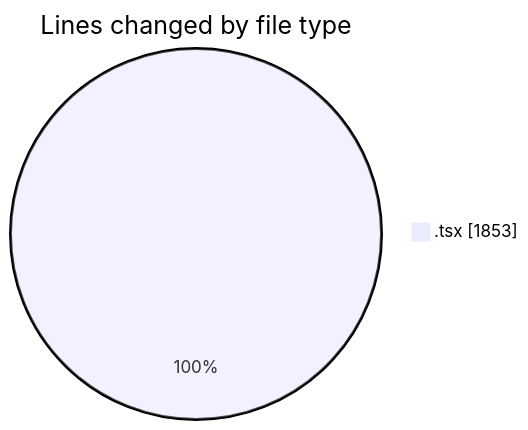
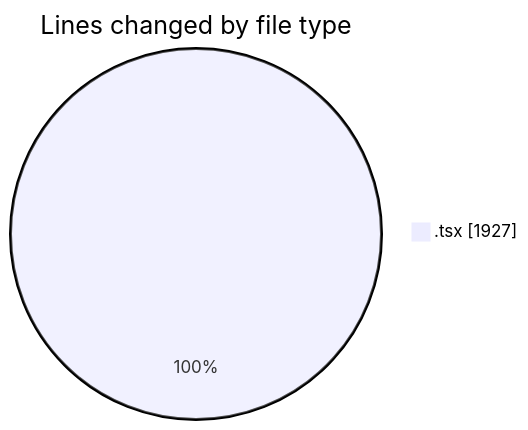
The first of 2 diagrams in 2026-03-05/nxtqube_webapp/README.md (nxtqubesakshisongat/code-tracking), drawn with Mermaid before and after one commit. The commit also changed other lines of this file and 1 other file, not shown here.

````diff
--- a/2026-03-05/nxtqube_webapp/README.md
+++ b/2026-03-05/nxtqube_webapp/README.md
@@ -21,5 +21,5 @@
 ```mermaid
 pie showData
 title Lines changed by file type
-".tsx" : 1853
+".tsx" : 1927
 ```
````
